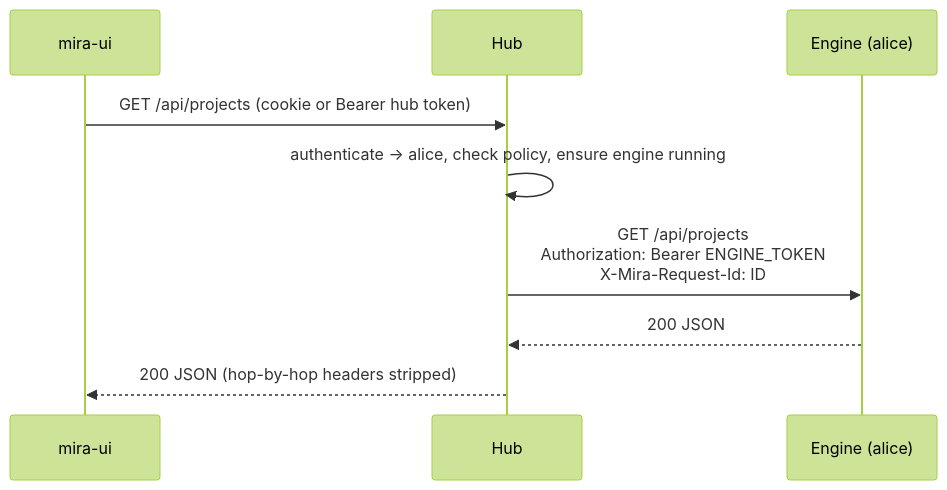
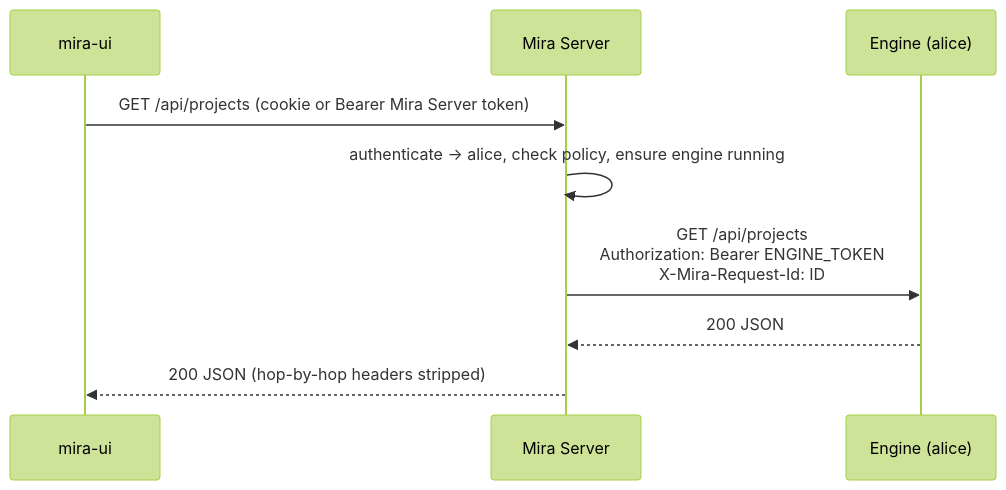
Before and after one commit to MIRA-Intelligence/mira: the third of 5 diagrams in docs/server-edition/architecture.md, drawn with Mermaid (forest theme). The commit also changed other lines of this file and 1 other file, not shown here.

First line of the commit message:
docs(server): rename the multi-user component to Mira Server and deprecate direct remote engines

````diff
--- a/docs/server-edition/architecture.md
+++ b/docs/server-edition/architecture.md
@@ -232,11 +257,11 @@
 ```mermaid
 sequenceDiagram
   participant U as mira-ui
-  participant H as Hub
+  participant H as Mira Server
   participant E as Engine (alice)
-  U->>H: GET /api/projects (cookie or Bearer hub token)
+  U->>H: GET /api/projects (cookie or Bearer Mira Server token)
   H->>H: authenticate → alice, check policy, ensure engine running
   H->>E: GET /api/projects<br/>Authorization: Bearer ENGINE_TOKEN<br/>X-Mira-Request-Id: ID
   E-->>H: 200 JSON
   H-->>U: 200 JSON (hop-by-hop headers stripped)
 ```
````
